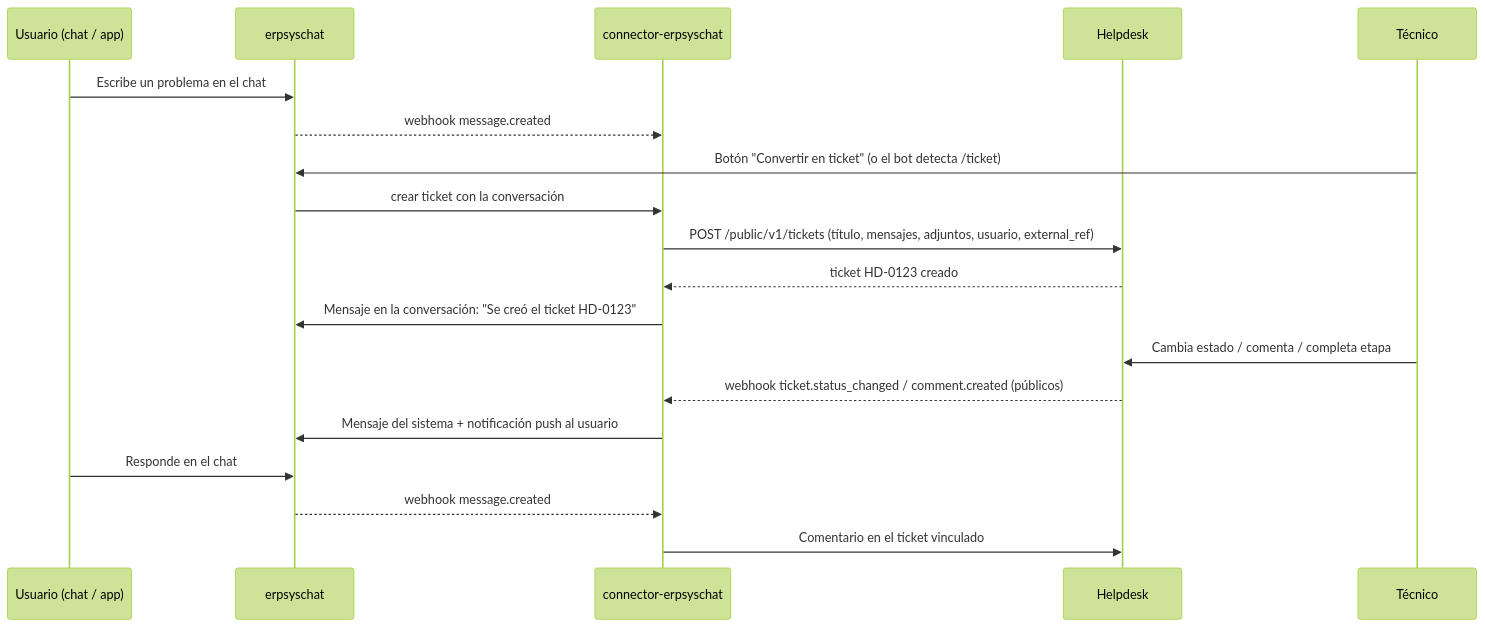
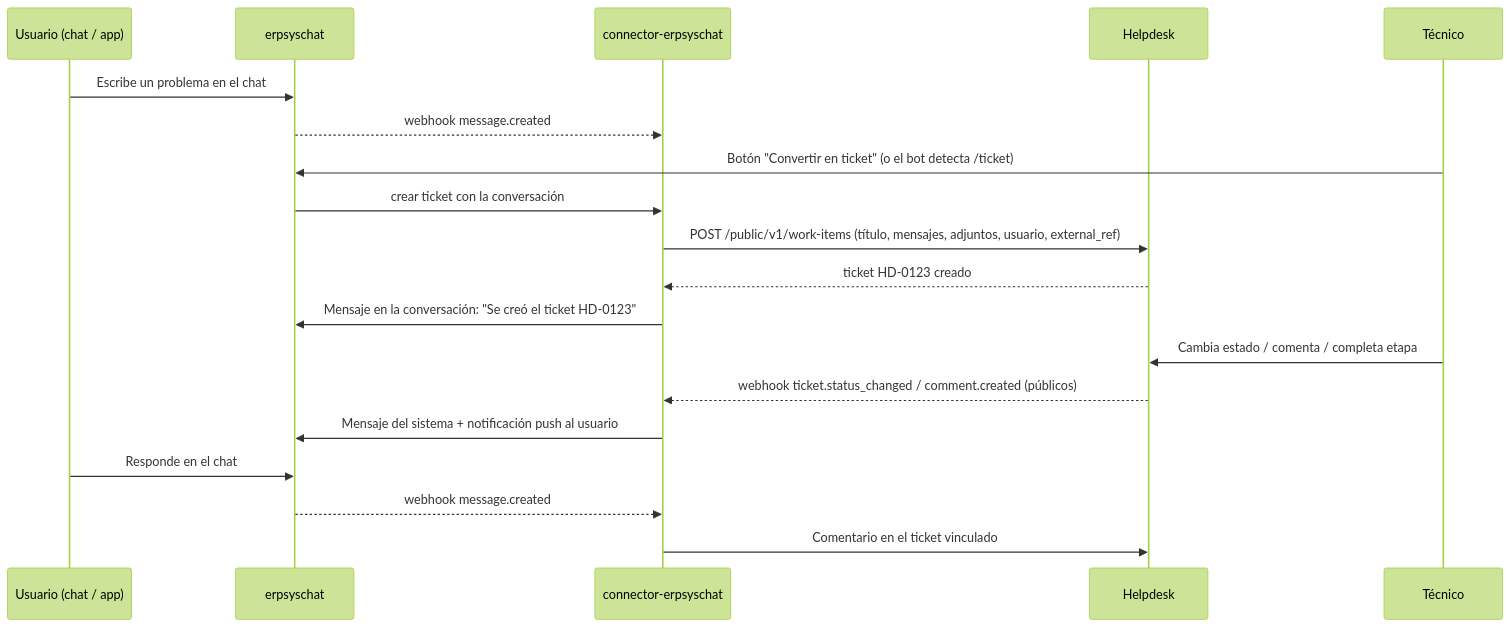
Before and after one commit to archangelgt/helpdesk: the seventh of 7 diagrams in v2/ROADMAP_MVP.md, drawn with Mermaid (forest theme). The commit also changed other lines of this file, not shown here.

Commit message:
v2 roadmap: modelo normalizado de casos, tipos configurables y requerimientos al cliente en implementaciones

````diff
--- a/v2/ROADMAP_MVP.md
+++ b/v2/ROADMAP_MVP.md
@@ -426,22 +576,22 @@
 ```mermaid
 sequenceDiagram
   participant U as Usuario (chat / app)
   participant C as erpsyschat
   participant X as connector-erpsyschat
   participant H as Helpdesk
   participant T as Técnico
 
   U->>C: Escribe un problema en el chat
   C-->>X: webhook message.created
   T->>C: Botón "Convertir en ticket" (o el bot detecta /ticket)
   C->>X: crear ticket con la conversación
-  X->>H: POST /public/v1/tickets (título, mensajes, adjuntos, usuario, external_ref)
+  X->>H: POST /public/v1/work-items (título, mensajes, adjuntos, usuario, external_ref)
   H-->>X: ticket HD-0123 creado
   X->>C: Mensaje en la conversación: "Se creó el ticket HD-0123"
   T->>H: Cambia estado / comenta / completa etapa
   H-->>X: webhook ticket.status_changed / comment.created (públicos)
   X->>C: Mensaje del sistema + notificación push al usuario
   U->>C: Responde en el chat
   C-->>X: webhook message.created
   X->>H: Comentario en el ticket vinculado
 ```
````
